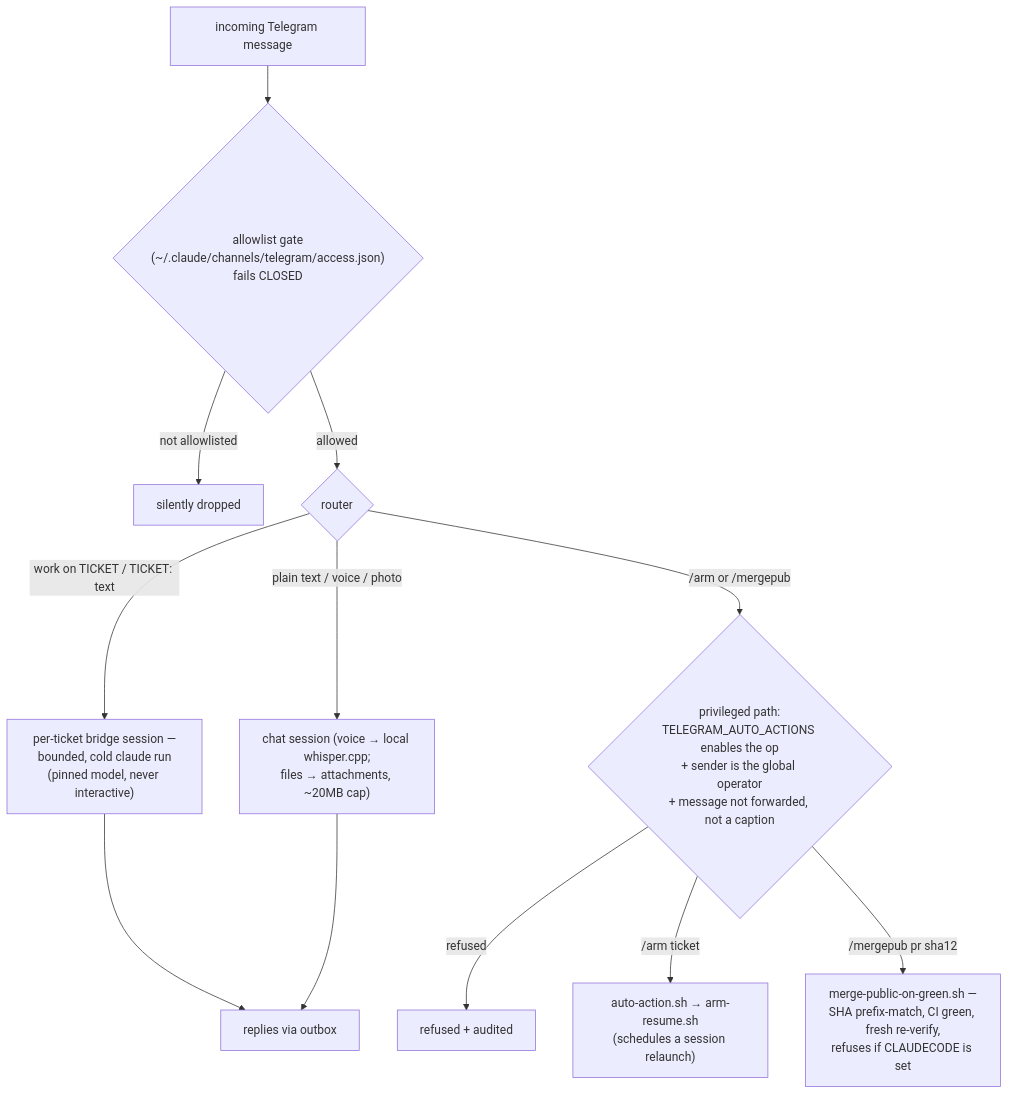
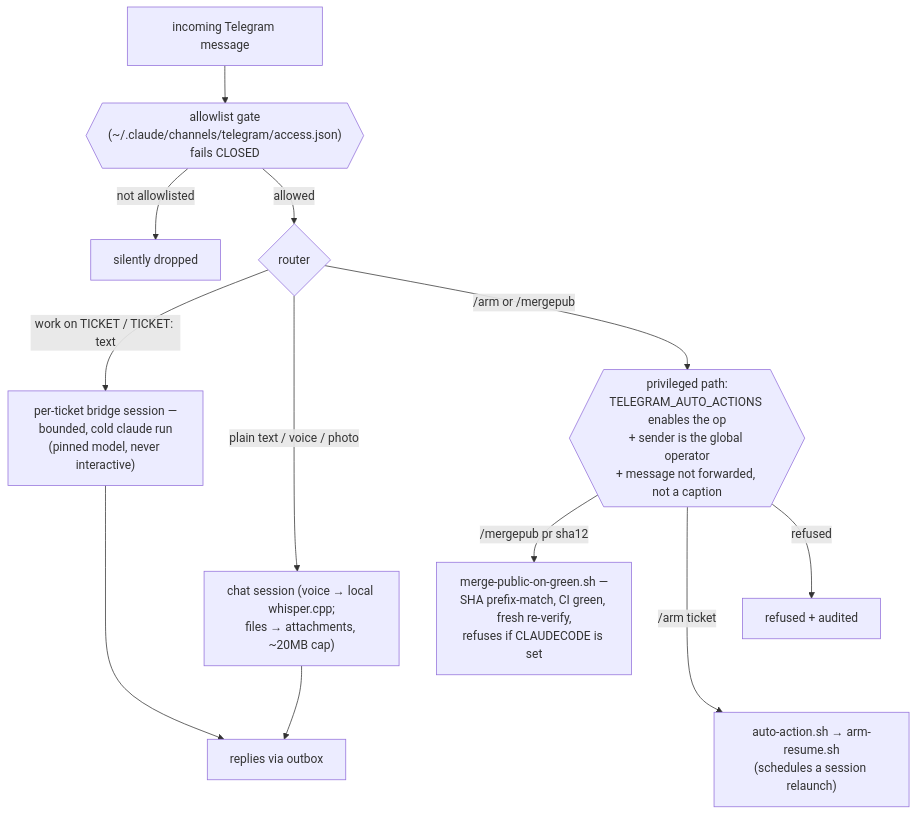
The third of 4 diagrams in docs/configuration.md (yotamleo-org/Himmel), drawn with Mermaid before and after one commit. The commit also changed other lines of this file and 9 other files, not shown here.

````diff
--- a/docs/configuration.md
+++ b/docs/configuration.md
@@ -232,14 +232,16 @@
 ```mermaid
 flowchart TD
-    MSG["incoming Telegram message"] --> GATE{"allowlist gate<br/>(~/.claude/channels/telegram/access.json)<br/>fails CLOSED"}
+    MSG["incoming Telegram message"] --> GATE{{"allowlist gate<br/>(~/.claude/channels/telegram/access.json)<br/>fails CLOSED"}}
     GATE -->|not allowlisted| DROP["silently dropped"]
     GATE -->|allowed| ROUTE{"router"}
     ROUTE -->|"work on TICKET / TICKET: text"| SESS["per-ticket bridge session —<br/>bounded, cold claude run<br/>(pinned model, never interactive)"]
     ROUTE -->|"plain text / voice / photo"| CHAT["chat session (voice → local whisper.cpp;<br/>files → attachments, ~20MB cap)"]
-    ROUTE -->|"/arm or /mergepub"| PRIV{"privileged path:<br/>TELEGRAM_AUTO_ACTIONS enables the op<br/>+ sender is the global operator<br/>+ message not forwarded, not a caption"}
+    ROUTE -->|"/arm or /mergepub"| PRIV{{"privileged path:<br/>TELEGRAM_AUTO_ACTIONS enables the op<br/>+ sender is the global operator<br/>+ message not forwarded, not a caption"}}
     PRIV -->|refused| AUDIT["refused + audited"]
     PRIV -->|"/arm ticket"| ARM["auto-action.sh → arm-resume.sh<br/>(schedules a session relaunch)"]
     PRIV -->|"/mergepub pr sha12"| MPUB["merge-public-on-green.sh —<br/>SHA prefix-match, CI green, fresh re-verify,<br/>refuses if CLAUDECODE is set"]
+    AUDIT ~~~ ARM
+    SESS ~~~ CHAT
     SESS --> OUT["replies via outbox"]
     CHAT --> OUT
 ```
````
